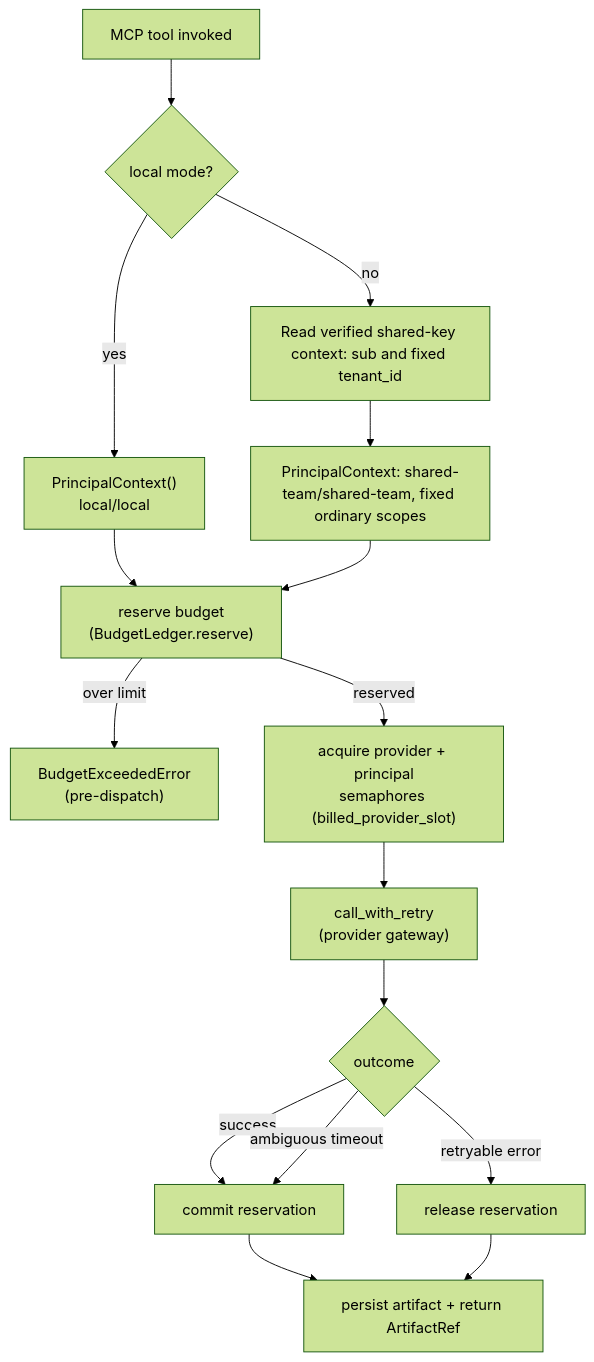
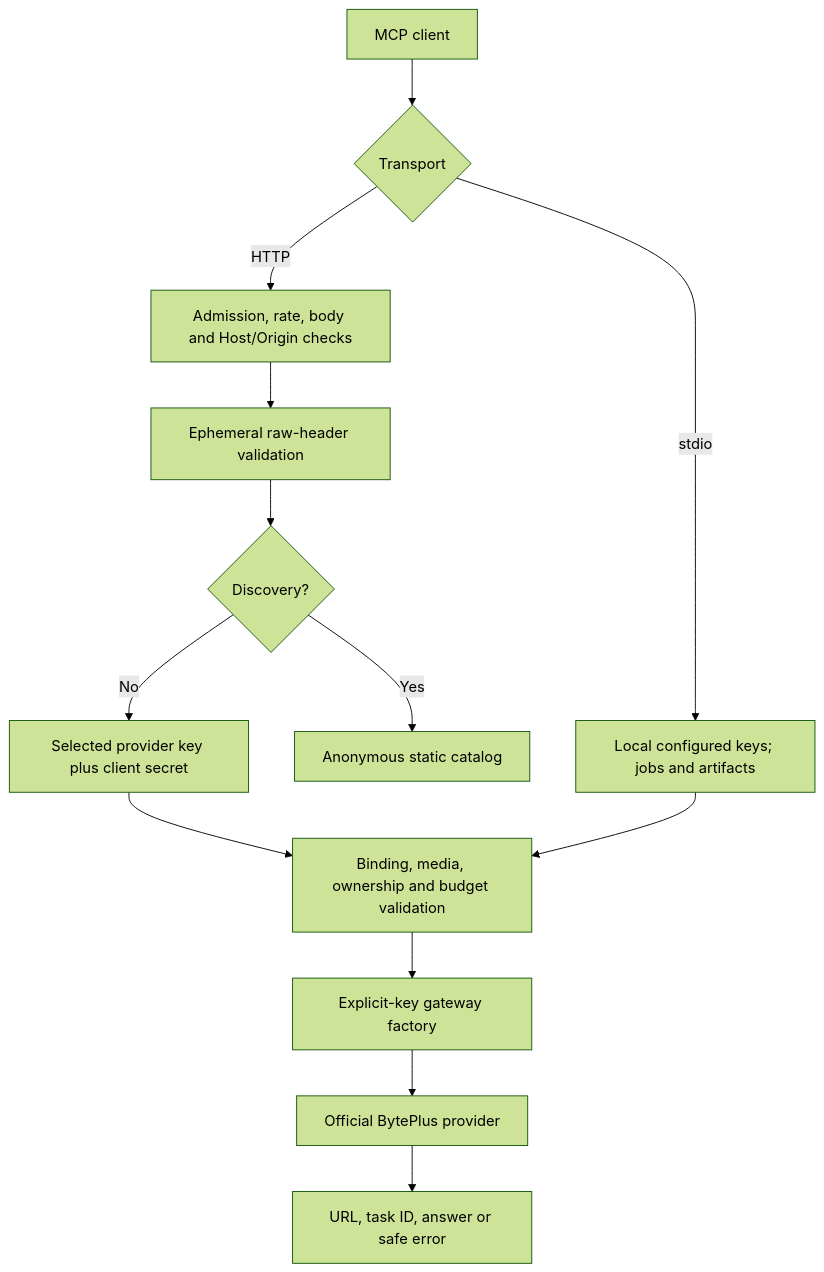
Before and after one commit to byteplus-sa/seed-mcp: the diagram in docs/architecture.md, drawn with Mermaid (forest theme). The commit also changed other lines of this file and 180 other files, not shown here.

````diff
--- a/docs/architecture.md
+++ b/docs/architecture.md
@@ -205,18 +10,15 @@
 ```mermaid
 flowchart TD
-    A["MCP tool invoked"] --> B{"local mode?"}
-    B -->|yes| C["PrincipalContext()\nlocal/local"]
-    B -->|no| D["Read verified shared-key context: sub and fixed tenant_id"]
-    D --> C2["PrincipalContext: shared-team/shared-team, fixed ordinary scopes"]
-    C --> E["reserve budget\n(BudgetLedger.reserve)"]
-    C2 --> E
-    E -->|"over limit"| F["BudgetExceededError\n(pre-dispatch)"]
-    E -->|"reserved"| G["acquire provider + principal\nsemaphores (billed_provider_slot)"]
-    G --> H["call_with_retry\n(provider gateway)"]
-    H --> I{"outcome"}
-    I -->|success| J["commit reservation"]
-    I -->|"ambiguous timeout"| J
-    I -->|"retryable error"| K["release reservation"]
-    J --> L["persist artifact + return ArtifactRef"]
-    K --> L
+    Client["MCP client"] --> Transport{"Transport"}
+    Transport -->|stdio| Local["Local configured keys; jobs and artifacts"]
+    Transport -->|HTTP| Limits["Admission, rate, body and Host/Origin checks"]
+    Limits --> Headers["Ephemeral raw-header validation"]
+    Headers --> Discovery{"Discovery?"}
+    Discovery -->|Yes| Static["Anonymous static catalog"]
+    Discovery -->|No| Owner["Selected provider key plus client secret"]
+    Owner --> Validate["Binding, media, ownership and budget validation"]
+    Local --> Validate
+    Validate --> Factory["Explicit-key gateway factory"]
+    Factory --> Provider["Official BytePlus provider"]
+    Provider --> Result["URL, task ID, answer or safe error"]
 ```
````
